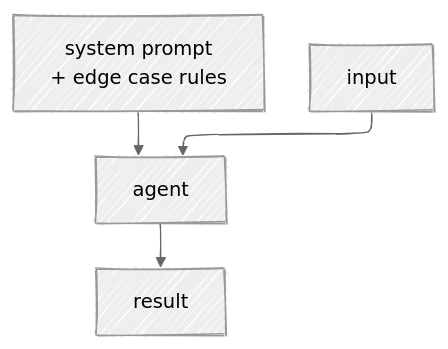
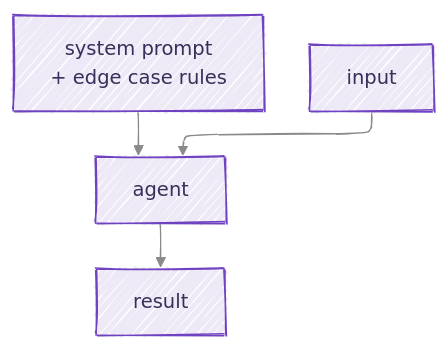
One commit to maltenlz/maltenlz.github.io changed the fifth of 6 diagrams in blog/posts/agent_usecases/index.qmd. Above: the diagram before and after it, drawn with Mermaid. The commit also changed other lines of this file and 3 other files, not shown here.

First line of the commit message:
Add workflow/agent diagrams and copy-edit blog posts

````diff
--- a/blog/posts/agent_usecases/index.qmd
+++ b/blog/posts/agent_usecases/index.qmd
@@ -153,13 +186,19 @@
 ```{mermaid}
-%%| fig-cap: "2. An edge case appears, so the system prompt is extended to handle it."
+%%| fig-cap: "2. You add edge cases and domain knowledge into the system prompt to improve performance."
 ---
 config:
   look: handDrawn
-  theme: neutral
+  theme: base
   layout: elk
+  themeVariables:
+    primaryColor: "#ede9f6"
+    primaryBorderColor: "#6f42c1"
+    primaryTextColor: "#3b2e5a"
+    lineColor: "#8a8a8a"
+    fontFamily: inherit
 ---
 flowchart TD
     SP["system prompt<br/>+ edge case rules"] --> A["agent"]
     IN["input"] --> A
     A --> OUT["result"]
 ```
````
